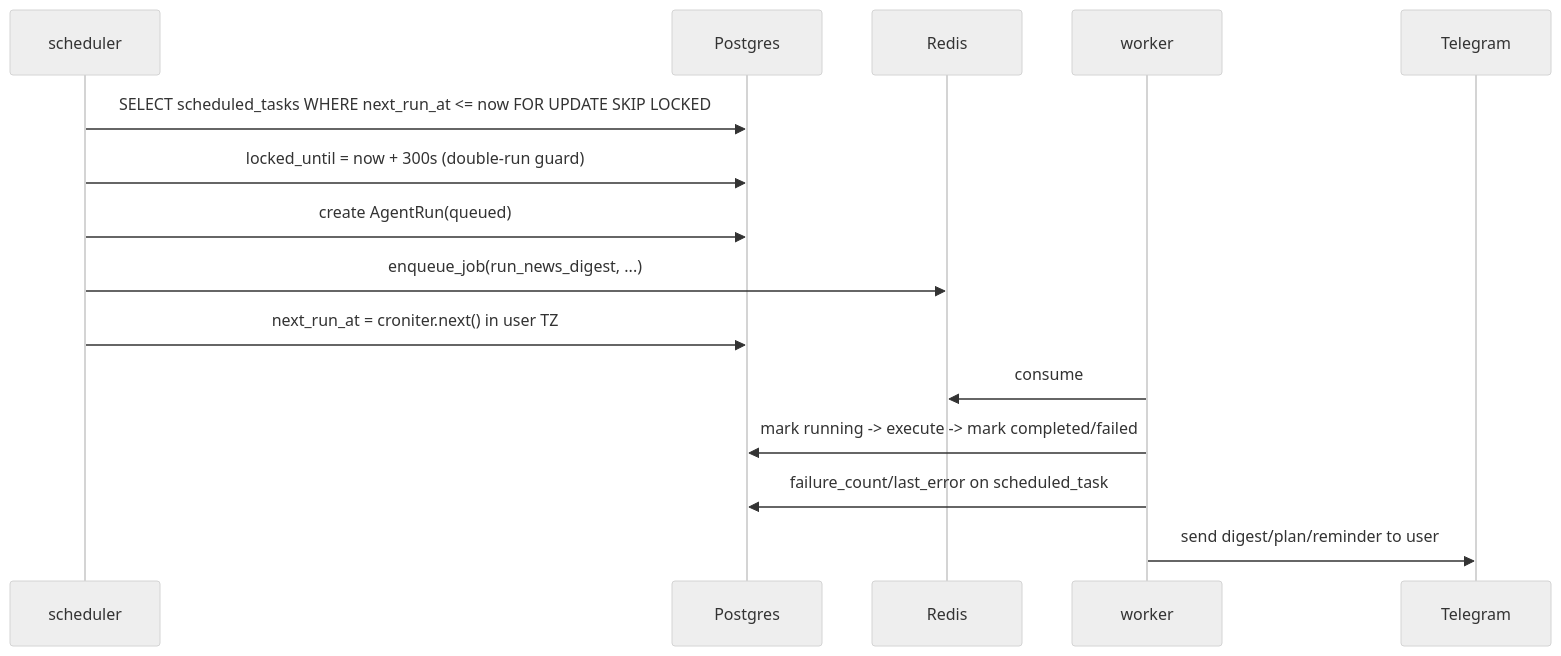
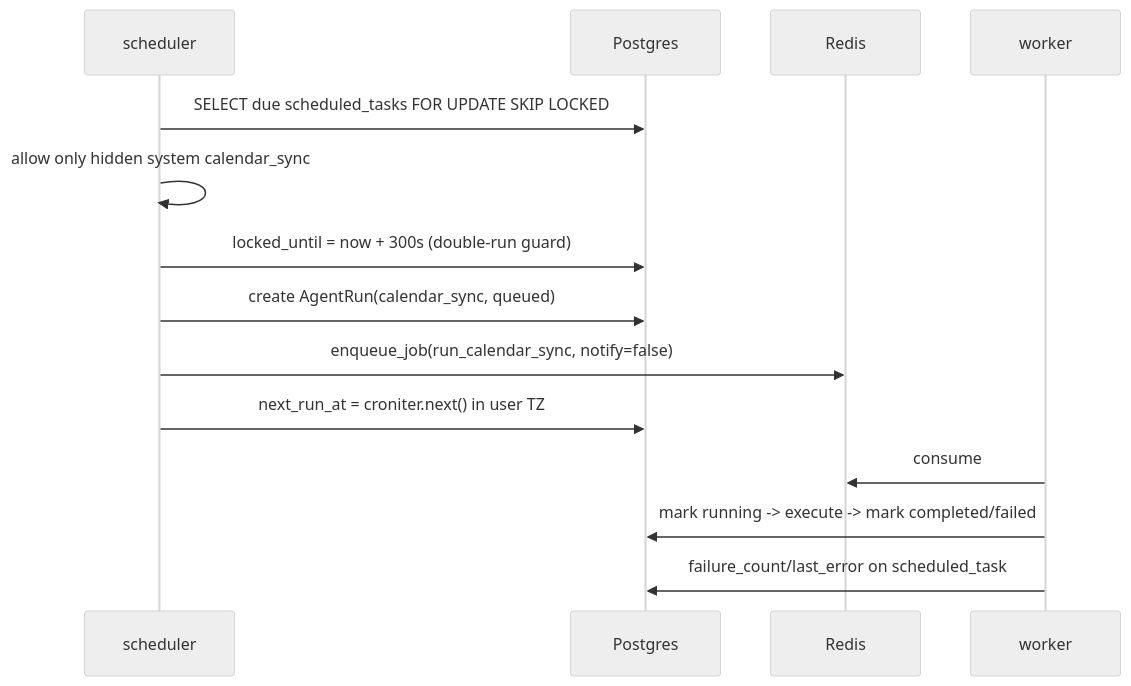
The fourth of 4 diagrams in docs/architecture.md (Maksim-Burtsev/lumi), drawn with Mermaid (neutral theme) before and after one commit. The commit also changed other lines of this file and 62 other files, not shown here.

````diff
--- a/docs/architecture.md
+++ b/docs/architecture.md
@@ -99,18 +98,17 @@
 ```mermaid
 sequenceDiagram
     participant S as scheduler
     participant DB as Postgres
     participant R as Redis
     participant W as worker
-    participant TG as Telegram
 
-    S->>DB: SELECT scheduled_tasks WHERE next_run_at <= now FOR UPDATE SKIP LOCKED
+    S->>DB: SELECT due scheduled_tasks FOR UPDATE SKIP LOCKED
+    S->>S: allow only hidden system calendar_sync
     S->>DB: locked_until = now + 300s (double-run guard)
-    S->>DB: create AgentRun(queued)
-    S->>R: enqueue_job(run_news_digest, ...)
+    S->>DB: create AgentRun(calendar_sync, queued)
+    S->>R: enqueue_job(run_calendar_sync, notify=false)
     S->>DB: next_run_at = croniter.next() in user TZ
     W->>R: consume
     W->>DB: mark running -> execute -> mark completed/failed
     W->>DB: failure_count/last_error on scheduled_task
-    W->>TG: send digest/plan/reminder to user
 ```
````
